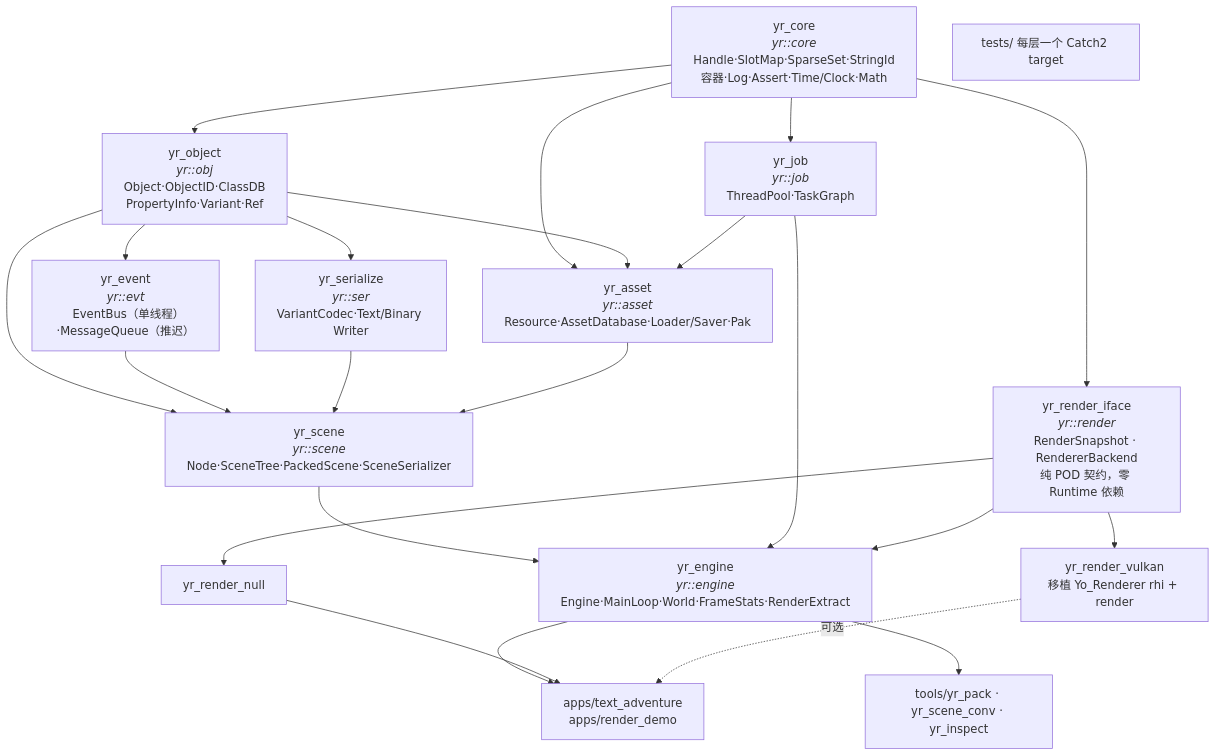
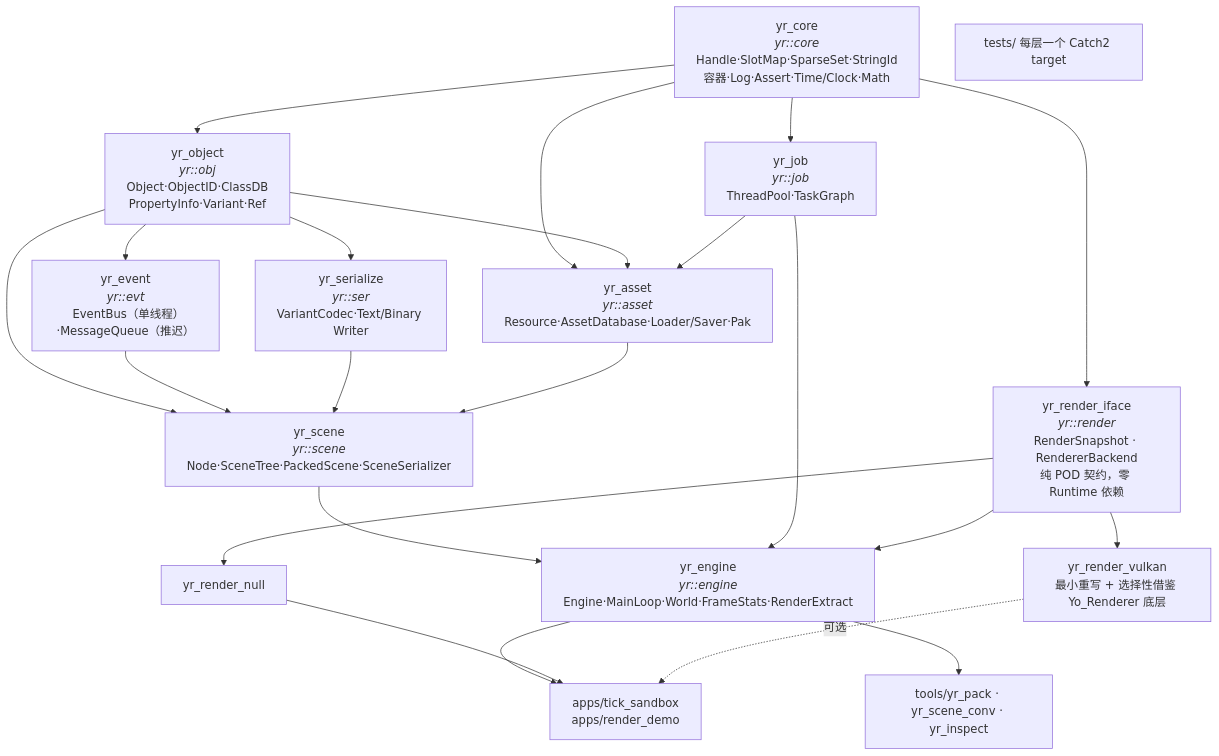
One commit to yoyorm/YRuntime changed the first of 2 diagrams in doc/01-architecture.md. Above: the diagram before and after it, drawn with Mermaid. The commit also changed other lines of this file and 19 other files, not shown here.

````diff
--- a/doc/01-architecture.md
+++ b/doc/01-architecture.md
@@ -29,40 +29,40 @@
 ```mermaid
 graph TD
     CORE["yr_core<br/><i>yr::core</i><br/>Handle·SlotMap·SparseSet·StringId<br/>容器·Log·Assert·Time/Clock·Math"]
 
     JOB["yr_job<br/><i>yr::job</i><br/>ThreadPool·TaskGraph"]
     OBJ["yr_object<br/><i>yr::obj</i><br/>Object·ObjectID·ClassDB<br/>PropertyInfo·Variant·Ref"]
     RIF["yr_render_iface<br/><i>yr::render</i><br/>RenderSnapshot · RendererBackend<br/>纯 POD 契约，零 Runtime 依赖"]
 
     EVT["yr_event<br/><i>yr::evt</i><br/>EventBus（单线程）·MessageQueue（推迟）"]
     SER["yr_serialize<br/><i>yr::ser</i><br/>VariantCodec·Text/Binary Writer"]
     AST["yr_asset<br/><i>yr::asset</i><br/>Resource·AssetDatabase·Loader/Saver·Pak"]
 
     SCN["yr_scene<br/><i>yr::scene</i><br/>Node·SceneTree·PackedScene·SceneSerializer"]
     ENG["yr_engine<br/><i>yr::engine</i><br/>Engine·MainLoop·World·FrameStats·RenderExtract"]
 
     RNULL["yr_render_null"]
-    RVK["yr_render_vulkan<br/>移植 Yo_Renderer rhi + render"]
+    RVK["yr_render_vulkan<br/>最小重写 + 选择性借鉴 Yo_Renderer 底层"]
 
-    APPS["apps/text_adventure<br/>apps/render_demo"]
+    APPS["apps/tick_sandbox<br/>apps/render_demo"]
     TOOLS["tools/yr_pack · yr_scene_conv · yr_inspect"]
     TESTS["tests/ 每层一个 Catch2 target"]
 
     CORE --> JOB & OBJ & RIF
     OBJ --> EVT & SER
     CORE --> AST
     OBJ --> AST
     JOB --> AST
     OBJ --> SCN
     EVT --> SCN
     SER --> SCN
     AST --> SCN
     SCN --> ENG
     JOB --> ENG
     RIF --> ENG
     ENG --> APPS
     RIF --> RNULL & RVK
     RNULL --> APPS
     RVK -.->|"可选"| APPS
     ENG --> TOOLS
 ```
````
